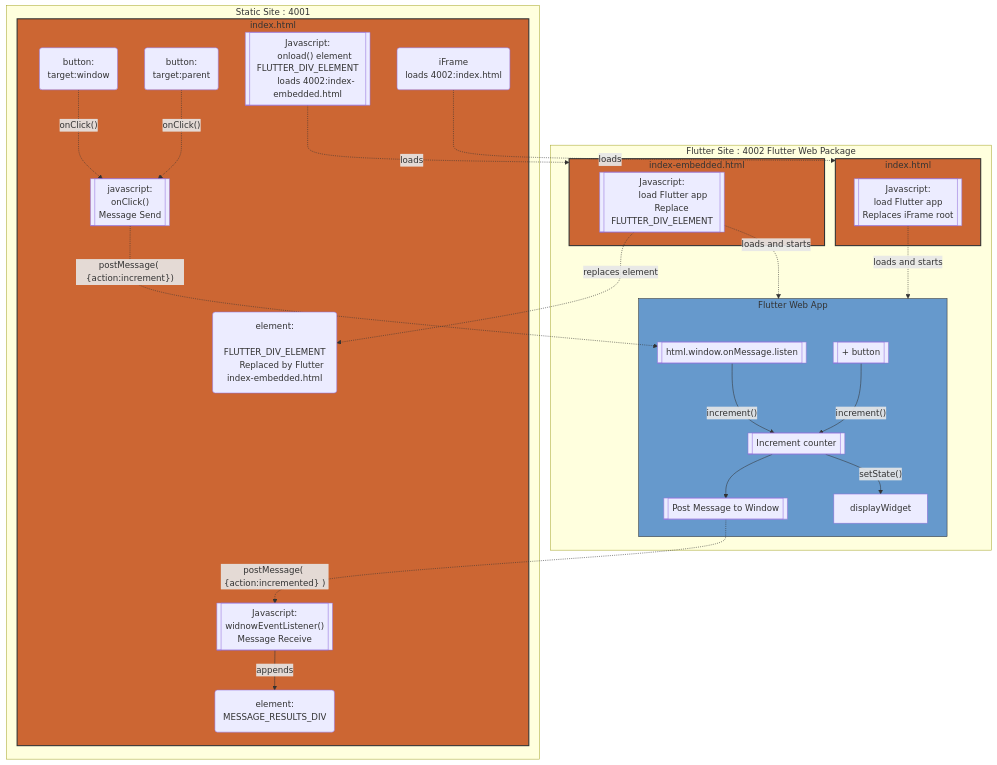
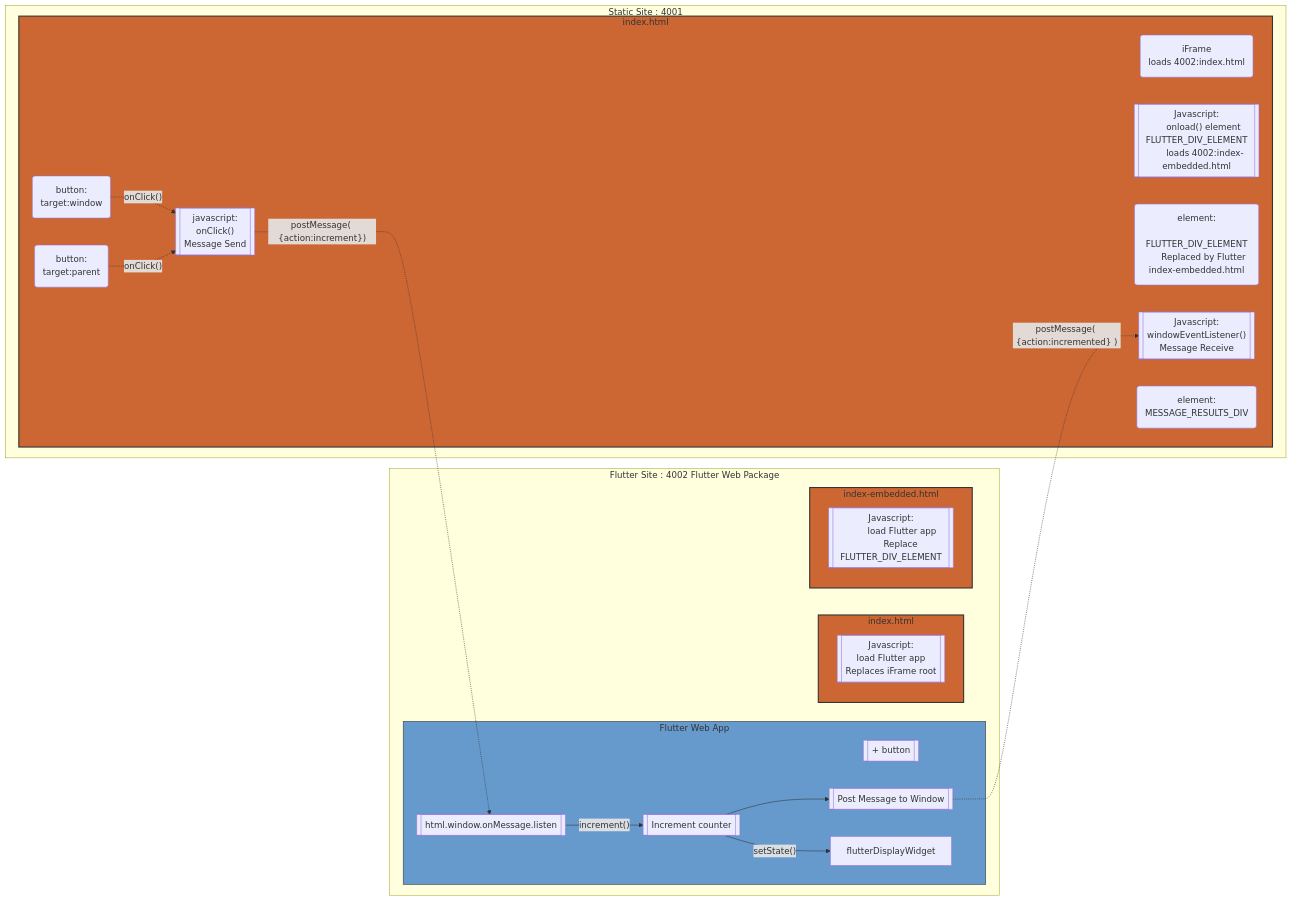
The fourth of 4 diagrams in README.md (freemansoft/flutter-embedded), drawn with Mermaid before and after one commit. The commit also changed other lines of this file, not shown here.

````diff
--- a/README.md
+++ b/README.md
@@ -36,76 +227,69 @@
 ```mermaid
-graph TB;
+graph LR;
   subgraph 4001[Static Site : 4001]
     subgraph staticIndex[index.html]
       iFrame("iFrame
       loads 4002:index.html")
 
-      elementLoad[["Javascript:
+      javascriptElementLoad[["Javascript:
       onload() element FLUTTER_DIV_ELEMENT
       loads 4002:index-embedded.html"]]
 
-      elementFlutterDiv("element:
+      htmlElementDiv("element:
       FLUTTER_DIV_ELEMENT
       Replaced by Flutter index-embedded.html")
 
       javascriptButton1("button:
       target:window")
       javascriptButton2("button:
       target:parent")
       javascriptMessagePost[["javascript:
       onClick()
       Message Send"]]
 
-      messageReceive[["Javascript:
-      widnowEventListener()
+      javascriptWindowEventListener[["Javascript:
+      windowEventListener()
       Message Receive"]]
-      elementMessage("element:
+      htmlElementMessage("element:
       MESSAGE_RESULTS_DIV")
     end
   end
 
   subgraph 4002[Flutter Site : 4002 Flutter Web Package]
-      subgraph flutterIndex[index.html]
+      subgraph flutter[Flutter Web App]
+        flutterButtonPlus[["+ button"]]
+        flutterPostMessage[["Post Message to Window"]]
+        flutterCounter[[Increment counter]]
+        flutterDisplayWidget
+        flutterOnMessage[["html.window.onMessage.listen"]]
+      end
+     subgraph flutterIndex[index.html]
         flutterIndexLoad[["Javascript:
         load Flutter app
         Replaces iFrame root"]]
       end
       subgraph flutterIndexEmbedded[index-embedded.html]
         flutterIndexLoadEmbedded[["Javascript:
         load Flutter app
         Replace FLUTTER_DIV_ELEMENT"]]
       end
-      subgraph flutter[Flutter Web App]
-        flutterButtonPlus[["+ button"]]
-        flutterPostMessage[["Post Message to Window"]]
-        counter[[Increment counter]]
-        displayWidget
-        onMessageFlutter[["html.window.onMessage.listen"]]
-      end
-  end
+   end
 
-  elementLoad-.loads.->flutterIndexEmbedded
-  iFrame-.loads.->flutterIndex
 
   javascriptButton1 -."onClick()".-> javascriptMessagePost
   javascriptButton2 -."onClick()".-> javascriptMessagePost
-  javascriptMessagePost -.postMessage( {action:increment}).->onMessageFlutter
-  onMessageFlutter--"increment()"-->counter
-  flutterButtonPlus--"increment()"-->counter
+  javascriptMessagePost -.postMessage( {action:increment}).->flutterOnMessage
+  flutterOnMessage--"increment()"-->flutterCounter
 
-  flutterIndexLoadEmbedded-.loads and starts.->flutter
-  flutterIndexLoad-.loads and starts.->flutter
-  flutterIndexLoadEmbedded-.replaces element.->elementFlutterDiv
-  counter-->flutterPostMessage
-  counter--setState()-->displayWidget
+  flutterCounter-->flutterPostMessage
+  flutterCounter--setState()-->flutterDisplayWidget
 
-  flutterPostMessage-.postMessage( {action:incremented} ).->messageReceive
-  messageReceive--appends-->elementMessage
+  flutterPostMessage-.postMessage( {action:incremented} ).->javascriptWindowEventListener
 
 
   classDef orange fill:#c63,stroke:#333,stroke-width:2px;
   classDef blue fill:#69c,stroke:#333,strong-width:2px;
   class staticIndex,flutterIndex,flutterIndexEmbedded orange
   class flutter blue
 
 ```
````
